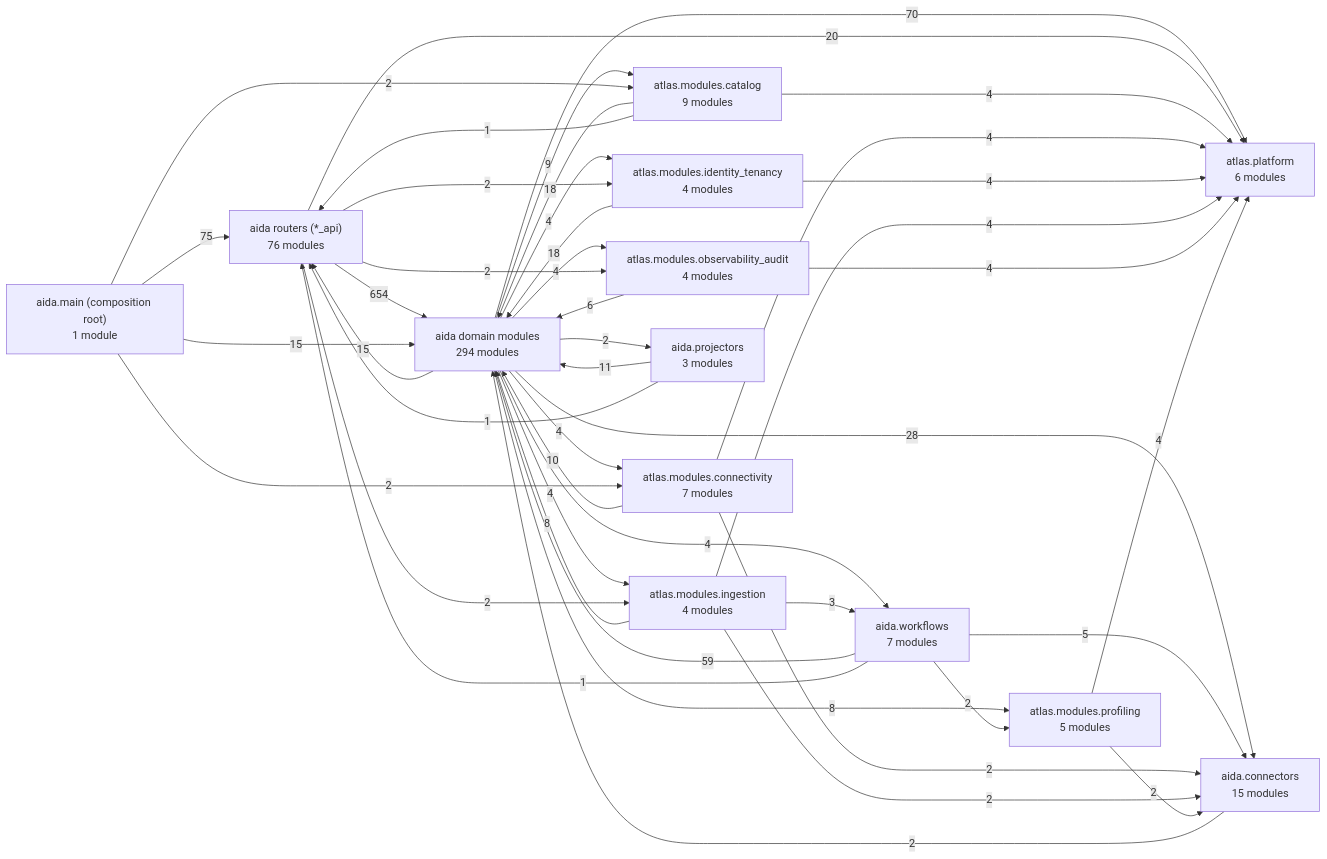
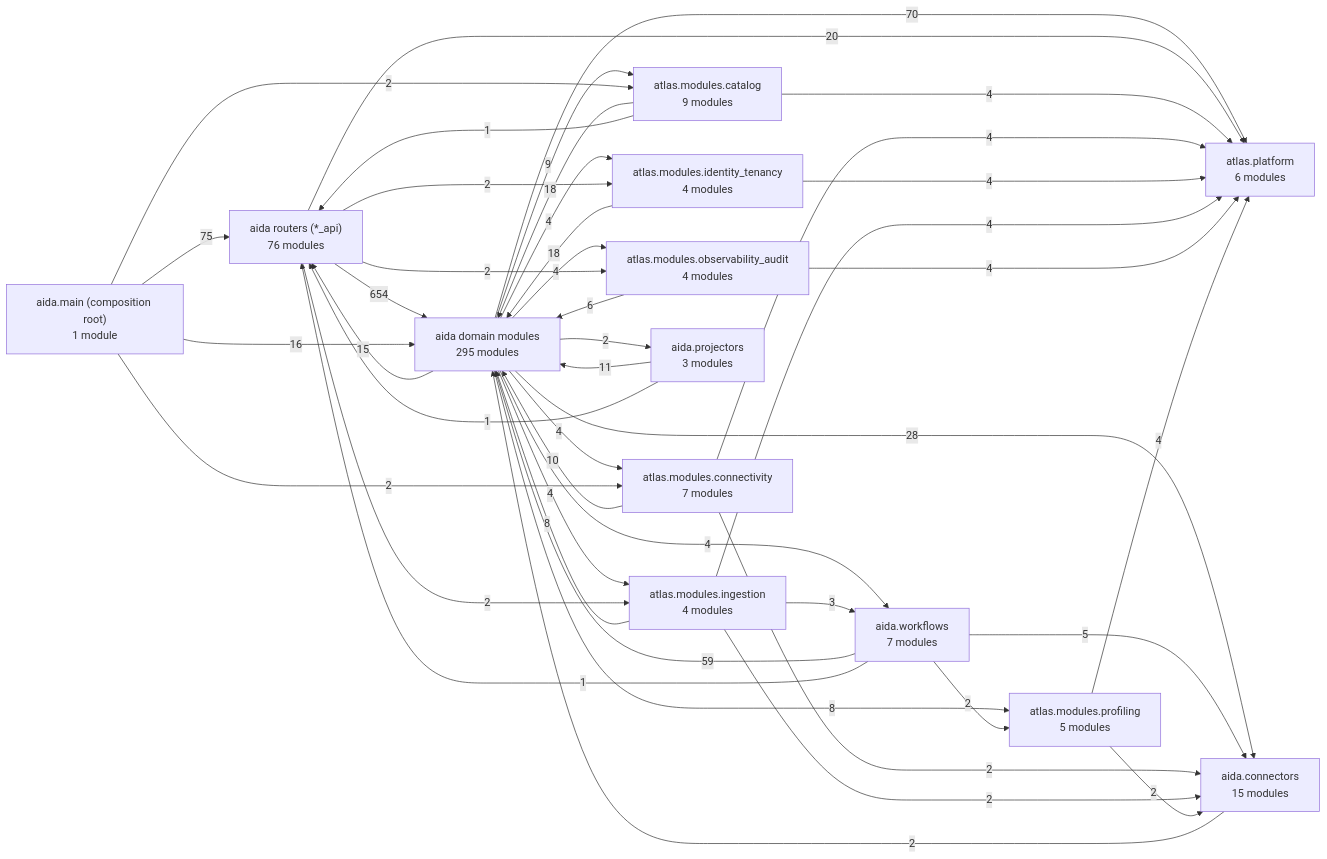
The first of 3 diagrams in Docs/10-architecture/14-generated-architecture-map.md (karuppusamym/AIDataAnalyst), drawn with Mermaid before and after one commit. The commit also changed other lines of this file and 8 other files, not shown here.

````diff
--- a/Docs/10-architecture/14-generated-architecture-map.md
+++ b/Docs/10-architecture/14-generated-architecture-map.md
@@ -48,59 +48,59 @@
 ```mermaid
 graph LR
   app["aida.main (composition root)<br/>1 module"]
   routers["aida routers (*_api)<br/>76 modules"]
-  domain["aida domain modules<br/>294 modules"]
+  domain["aida domain modules<br/>295 modules"]
   ctx_catalog["atlas.modules.catalog<br/>9 modules"]
   ctx_connectivity["atlas.modules.connectivity<br/>7 modules"]
   ctx_identity_tenancy["atlas.modules.identity_tenancy<br/>4 modules"]
   ctx_ingestion["atlas.modules.ingestion<br/>4 modules"]
   ctx_observability_audit["atlas.modules.observability_audit<br/>4 modules"]
   ctx_profiling["atlas.modules.profiling<br/>5 modules"]
   connectors["aida.connectors<br/>15 modules"]
   workflows["aida.workflows<br/>7 modules"]
   projectors["aida.projectors<br/>3 modules"]
   platform["atlas.platform<br/>6 modules"]
   routers -->|654| domain
   app -->|75| routers
   domain -->|70| platform
   workflows -->|59| domain
   domain -->|28| connectors
   routers -->|20| platform
   ctx_catalog -->|18| domain
   ctx_identity_tenancy -->|18| domain
-  app -->|15| domain
+  app -->|16| domain
   domain -->|15| routers
   projectors -->|11| domain
   ctx_connectivity -->|10| domain
   domain -->|9| ctx_catalog
   ctx_ingestion -->|8| domain
   domain -->|8| ctx_profiling
   ctx_observability_audit -->|6| domain
   workflows -->|5| connectors
   ctx_catalog -->|4| platform
   ctx_connectivity -->|4| platform
   ctx_identity_tenancy -->|4| platform
   ctx_ingestion -->|4| platform
   ctx_observability_audit -->|4| platform
   ctx_profiling -->|4| platform
   domain -->|4| ctx_connectivity
   domain -->|4| ctx_identity_tenancy
   domain -->|4| ctx_ingestion
   domain -->|4| ctx_observability_audit
   domain -->|4| workflows
   ctx_ingestion -->|3| workflows
   app -->|2| ctx_catalog
   app -->|2| ctx_connectivity
   connectors -->|2| domain
   ctx_connectivity -->|2| connectors
   ctx_ingestion -->|2| connectors
   ctx_profiling -->|2| connectors
   domain -->|2| projectors
   routers -->|2| ctx_identity_tenancy
   routers -->|2| ctx_ingestion
   routers -->|2| ctx_observability_audit
   workflows -->|2| ctx_profiling
   ctx_catalog -->|1| routers
   projectors -->|1| routers
   workflows -->|1| routers
 ```
````
